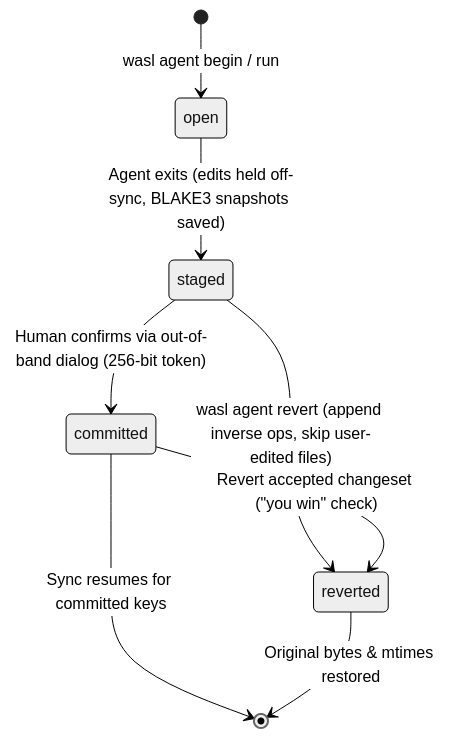
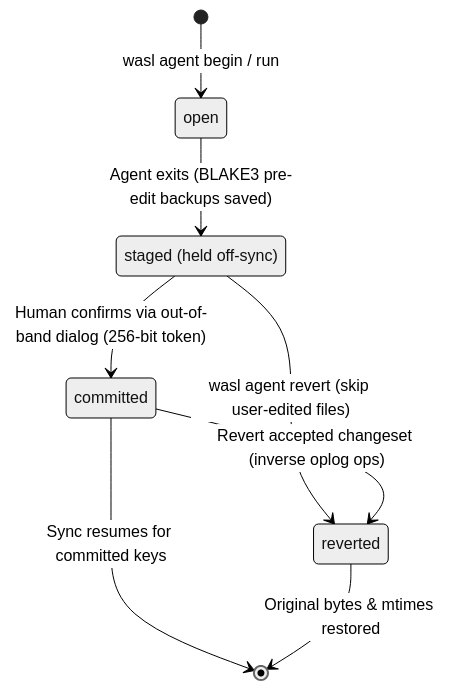
One commit to Ahmad-AlModhayan/wasl changed the fourth of 5 diagrams in README.md. Above: the diagram before and after it, drawn with Mermaid (neutral theme). The commit also changed other lines of this file, not shown here.

First line of the commit message:
docs(readme): refine C4 + UML layout, arrow routing, and sequence syntax

````diff
--- a/README.md
+++ b/README.md
@@ -103,10 +118,12 @@
 ```mermaid
 stateDiagram-v2
+    state "staged (held off-sync)" as staged
+
     [*] --> open : wasl agent begin / run
-    open --> staged : Agent exits (edits held off-sync, BLAKE3 snapshots saved)
+    open --> staged : Agent exits (BLAKE3 pre-edit backups saved)
     staged --> committed : Human confirms via out-of-band dialog (256-bit token)
-    staged --> reverted : wasl agent revert (append inverse ops, skip user-edited files)
-    committed --> reverted : Revert accepted changeset ("you win" check)
+    staged --> reverted : wasl agent revert (skip user-edited files)
+    committed --> reverted : Revert accepted changeset (inverse oplog ops)
     committed --> [*] : Sync resumes for committed keys
     reverted --> [*] : Original bytes & mtimes restored
 ```
````
